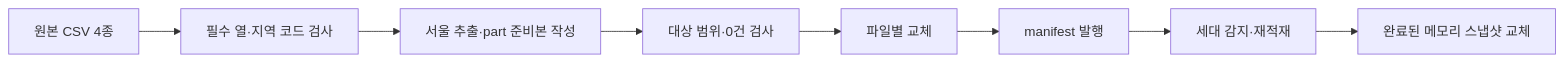
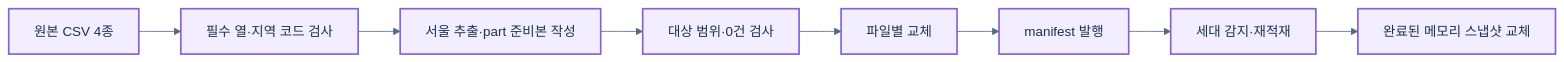
Before and after one commit to encore-ai-campus/mlo-02-p1-team1: the fourth of 5 diagrams in README.md, drawn with Mermaid. The commit also changed other lines of this file and 581 other files, not shown here.

````diff
--- a/README.md
+++ b/README.md
@@ -273,10 +318,16 @@
 ```mermaid
+%%{init: {'theme': 'base', 'themeVariables': {'fontFamily': 'sans-serif', 'fontSize': '16px', 'lineColor': '#526A87', 'primaryTextColor': '#19324F', 'background': '#F5F8FC'}}}%%
 flowchart LR
     A[원본 CSV 4종] --> B[필수 열·지역 코드 검사]
     B --> C[서울 추출·part 준비본 작성]
     C --> D[대상 범위·0건 검사]
     D --> E[파일별 교체]
     E --> F[manifest 발행]
     F --> G[세대 감지·재적재]
     G --> H[완료된 메모리 스냅샷 교체]
+    classDef front fill:#EAF5FF,stroke:#148BDD,color:#19324F,stroke-width:2px
+    classDef backend fill:#E9F8F3,stroke:#0FA580,color:#19324F,stroke-width:2px
+    classDef data fill:#F2EDFF,stroke:#8562D9,color:#19324F,stroke-width:2px
+    classDef ai fill:#FFF2E4,stroke:#DB8121,color:#19324F,stroke-width:2px
+    class A,B,C,D,E,F,G,H data
 ```
````
